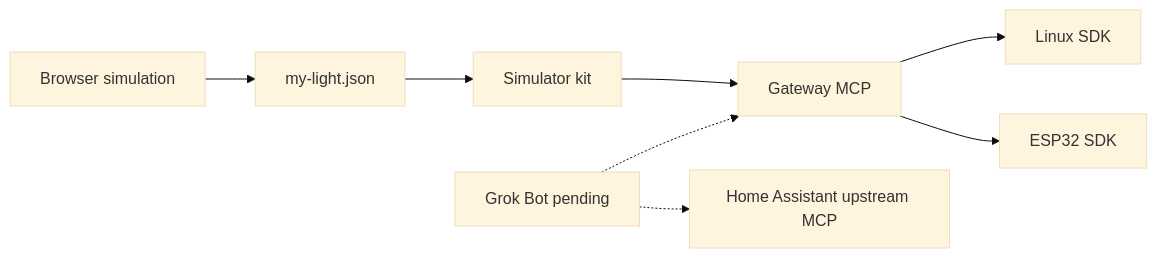
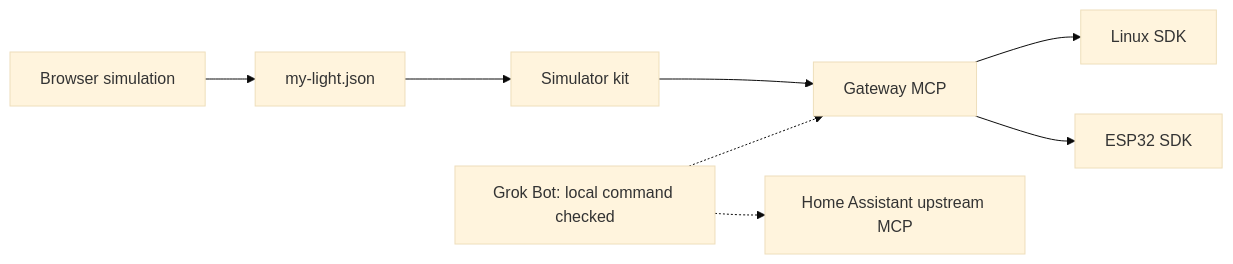
One commit to adidshaft/grok-gadgets changed the diagram in docs/visuals/project-overview.mmd. Above: the diagram before and after it, drawn with Mermaid (base theme). The commit also changed 4 other files, not shown here.

Commit message:
docs(HUB-KIT-002): refresh project diagram evidence

```diff
--- a/docs/visuals/project-overview.mmd
+++ b/docs/visuals/project-overview.mmd
@@ -1,8 +1,8 @@
 flowchart LR
 B[Browser simulation] --> C[my-light.json]
 C --> K[Simulator kit]
 K --> W[Gateway MCP]
 W --> L[Linux SDK]
 W --> E[ESP32 SDK]
-G[Grok Bot pending] -.-> W
+G[Grok Bot: local command checked] -.-> W
 G -.-> H[Home Assistant upstream MCP]
```
